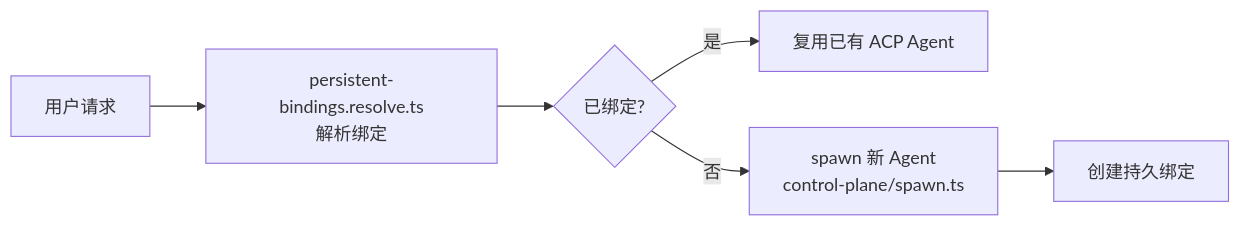
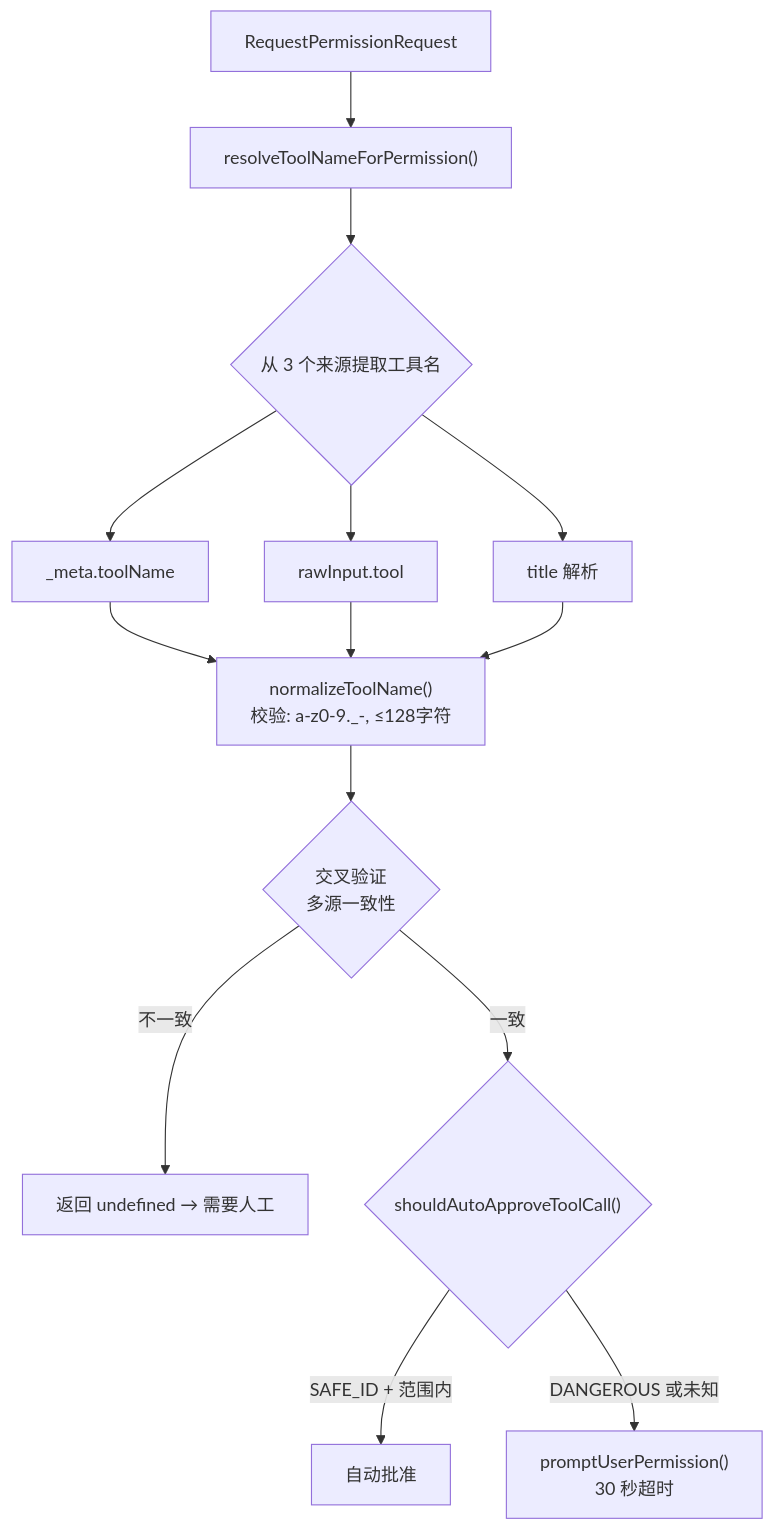
The third of 4 diagrams in zh-docs/modules/acp/README.md (royalwang/openclaw), drawn with Mermaid before and after one commit. The commit also changed other lines of this file and 5 other files, not shown here.

````diff
--- a/zh-docs/modules/acp/README.md
+++ b/zh-docs/modules/acp/README.md
@@ -55,8 +74,16 @@
 ```mermaid
-flowchart LR
-    USER["用户请求"] --> CHECK["persistent-bindings.resolve.ts<br/>解析绑定"]
-    CHECK --> BOUND{"已绑定?"}
-    BOUND -->|是| REUSE["复用已有 ACP Agent"]
-    BOUND -->|否| SPAWN["spawn 新 Agent<br/>control-plane/spawn.ts"]
-    SPAWN --> BIND["创建持久绑定"]
+flowchart TD
+    REQ["RequestPermissionRequest"] --> RESOLVE_NAME["resolveToolNameForPermission()"]
+    RESOLVE_NAME --> SOURCES{"从 3 个来源提取工具名"}
+    SOURCES --> META["_meta.toolName"]
+    SOURCES --> INPUT["rawInput.tool"]
+    SOURCES --> TITLE["title 解析"]
+    
+    META & INPUT & TITLE --> VALIDATE["normalizeToolName()<br/>校验: a-z0-9._-, ≤128字符"]
+    VALIDATE --> CROSS_CHECK{"交叉验证<br/>多源一致性"}
+    CROSS_CHECK -->|不一致| DENY["返回 undefined → 需要人工"]
+    CROSS_CHECK -->|一致| AUTO_CHECK{"shouldAutoApproveToolCall()"}
+    
+    AUTO_CHECK -->|SAFE_ID + 范围内| AUTO_APPROVE["自动批准"]
+    AUTO_CHECK -->|DANGEROUS 或未知| PROMPT["promptUserPermission()<br/>30 秒超时"]
 ```
````
